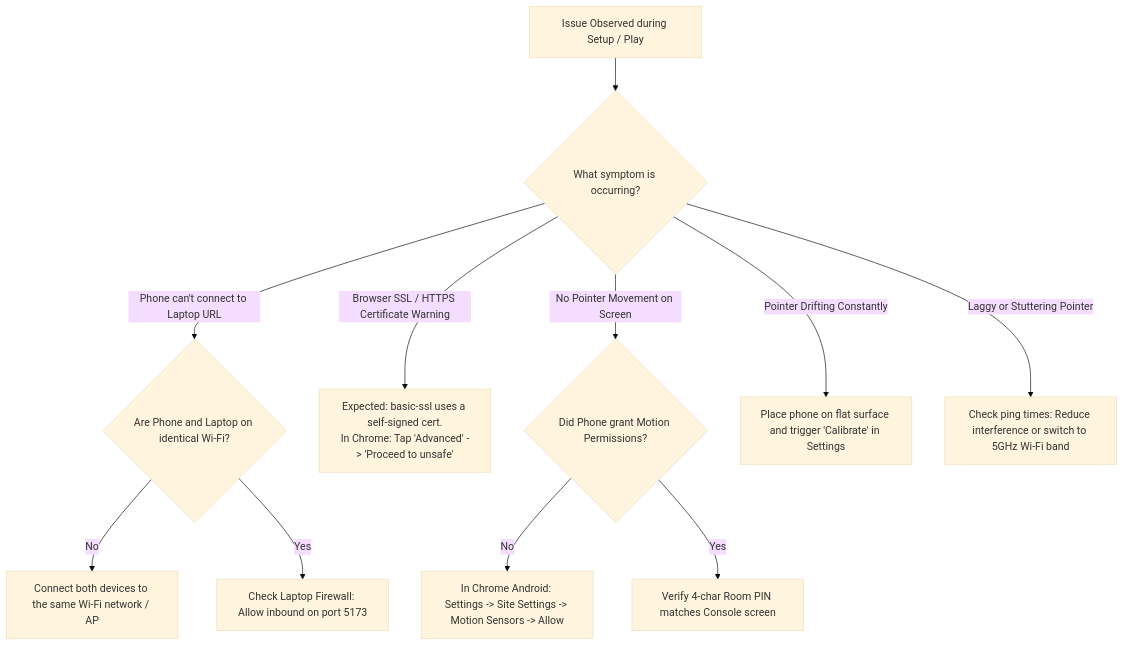
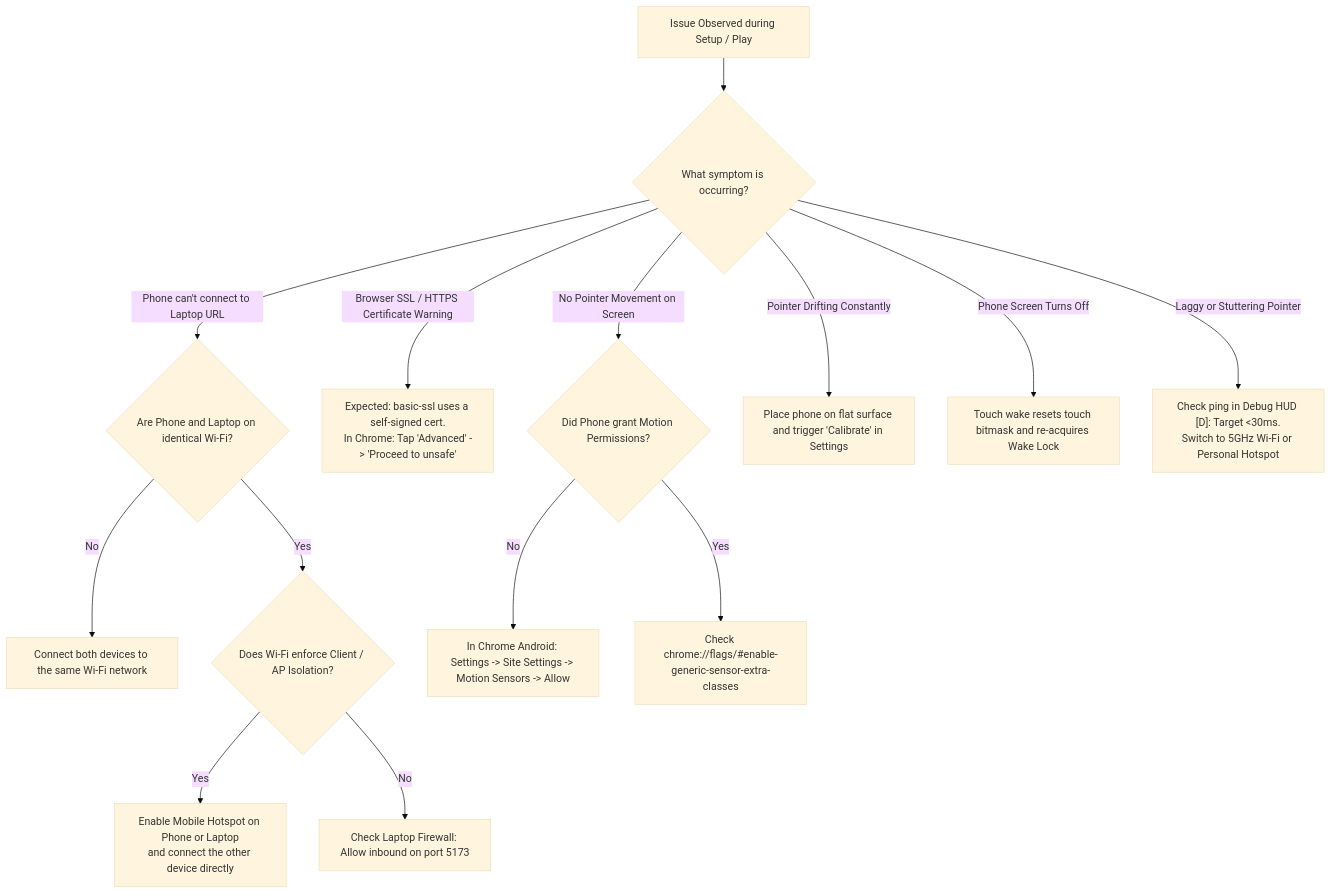
Before and after one commit to AdityaSurse/nimbusplay: diagram 15 of 15 in README.md, drawn with Mermaid (base theme). The commit also changed other lines of this file and 21 other files, not shown here.

````diff
--- a/README.md
+++ b/README.md
@@ -389,18 +390,22 @@
 ```mermaid
 flowchart TD
     ErrorDetect["Issue Observed during Setup / Play"] --> CheckType{"What symptom is occurring?"}
     
-    CheckType -- "Phone can't connect to Laptop URL" --> CheckWiFi{"Are Phone and Laptop on identical Wi-Fi?"}
-    CheckWiFi -- No --> JoinSame["Connect both devices to the same Wi-Fi network / AP"]
-    CheckWiFi -- Yes --> CheckFirewall["Check Laptop Firewall: Allow inbound on port 5173"]
+    CheckType -- "Phone can't connect to Laptop URL" --> CheckSameSubnet{"Are Phone and Laptop on identical Wi-Fi?"}
+    CheckSameSubnet -- No --> JoinSame["Connect both devices to the same Wi-Fi network"]
+    CheckSameSubnet -- Yes --> CheckAPIsolation{"Does Wi-Fi enforce Client / AP Isolation?"}
+    CheckAPIsolation -- Yes --> UseHotspot["Enable Mobile Hotspot on Phone or Laptop<br/>and connect the other device directly"]
+    CheckAPIsolation -- No --> CheckFirewall["Check Laptop Firewall: Allow inbound on port 5173"]
     
     CheckType -- "Browser SSL / HTTPS Certificate Warning" --> SelfSignedCert["Expected: basic-ssl uses a self-signed cert.<br/>In Chrome: Tap 'Advanced' -> 'Proceed to unsafe'"]
     
     CheckType -- "No Pointer Movement on Screen" --> CheckPerms{"Did Phone grant Motion Permissions?"}
     CheckPerms -- No --> ToggleSensors["In Chrome Android: Settings -> Site Settings -> Motion Sensors -> Allow"]
-    CheckPerms -- Yes --> CheckRoom["Verify 4-char Room PIN matches Console screen"]
+    CheckPerms -- Yes --> CheckFlag["Check chrome://flags/#enable-generic-sensor-extra-classes"]
     
     CheckType -- "Pointer Drifting Constantly" --> RestPhone["Place phone on flat surface and trigger 'Calibrate' in Settings"]
     
-    CheckType -- "Laggy or Stuttering Pointer" --> CheckNetworkLatency["Check ping times: Reduce interference or switch to 5GHz Wi-Fi band"]
+    CheckType -- "Phone Screen Turns Off" --> VisibilityRecovery["Touch wake resets touch bitmask and re-acquires Wake Lock"]
+    
+    CheckType -- "Laggy or Stuttering Pointer" --> CheckNetworkLatency["Check ping in Debug HUD [D]: Target <30ms.<br/>Switch to 5GHz Wi-Fi or Personal Hotspot"]
 ```
````
